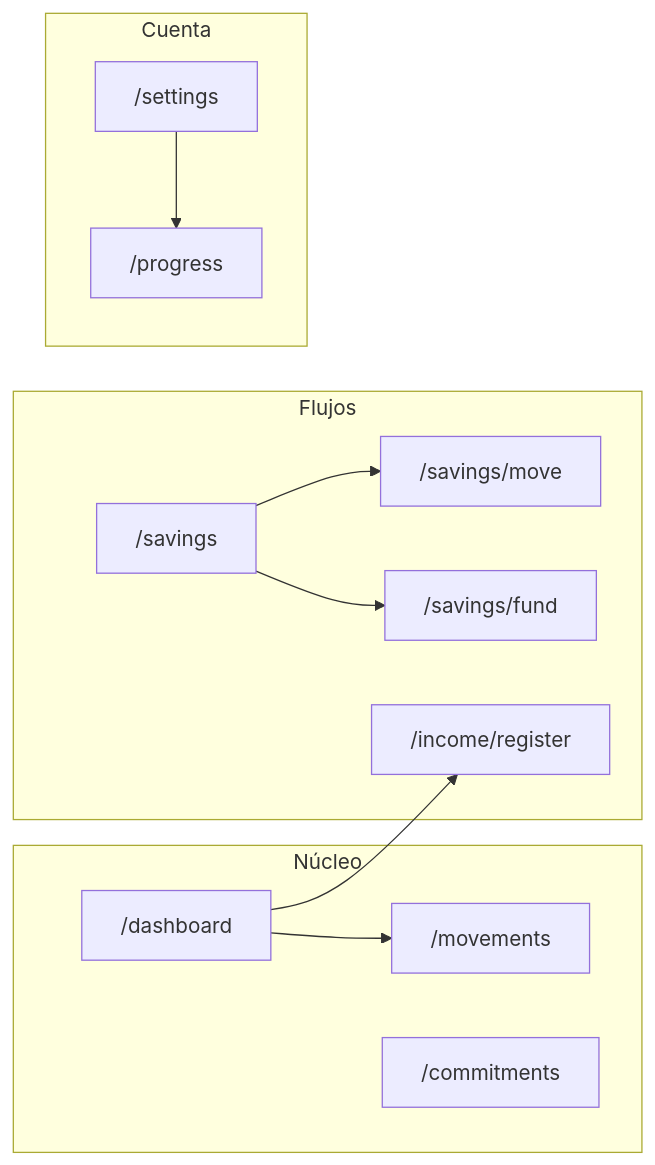
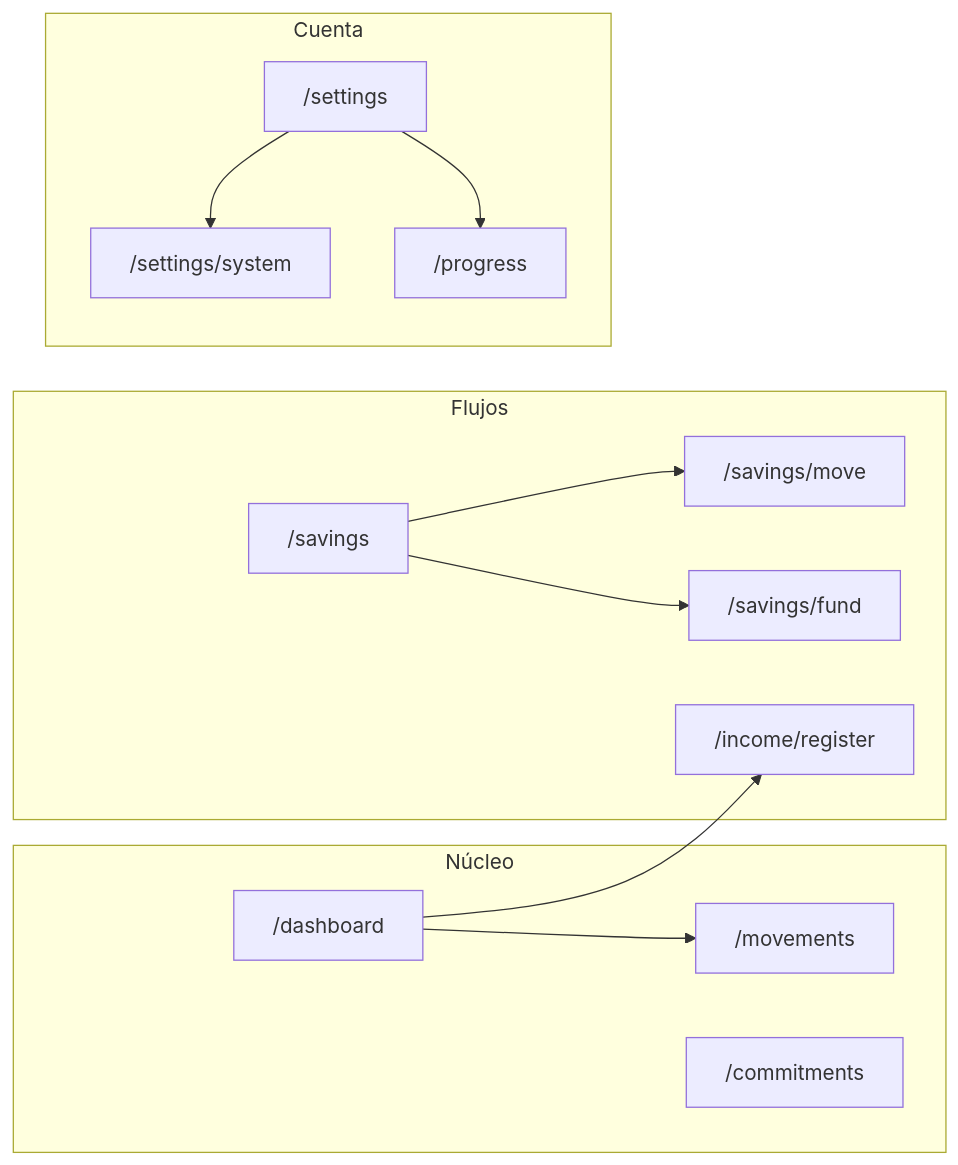
Before and after one commit to Renedz21/app-quipu: the diagram in docs/QUIPU-MASTER.md, drawn with Mermaid. The commit also changed other lines of this file and 23 other files, not shown here.

````diff
--- a/docs/QUIPU-MASTER.md
+++ b/docs/QUIPU-MASTER.md
@@ -1064,23 +1067,25 @@
 ```mermaid
 flowchart LR
   subgraph core [Núcleo]
     D["/dashboard"]
     M["/movements"]
     C["/commitments"]
   end
   subgraph flows [Flujos]
     I["/income/register"]
     S["/savings"]
     SF["/savings/fund"]
     SM["/savings/move"]
   end
   subgraph account [Cuenta]
     ST["/settings"]
+    SYS["/settings/system"]
     P["/progress"]
   end
   D --> M
   D --> I
   S --> SF
   S --> SM
+  ST --> SYS
   ST --> P
 ```
````
